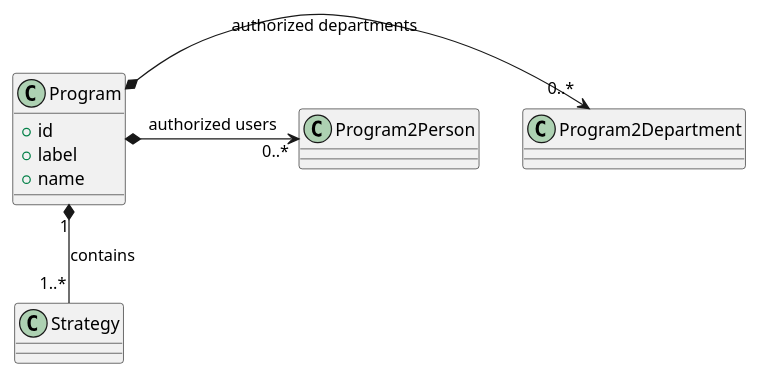
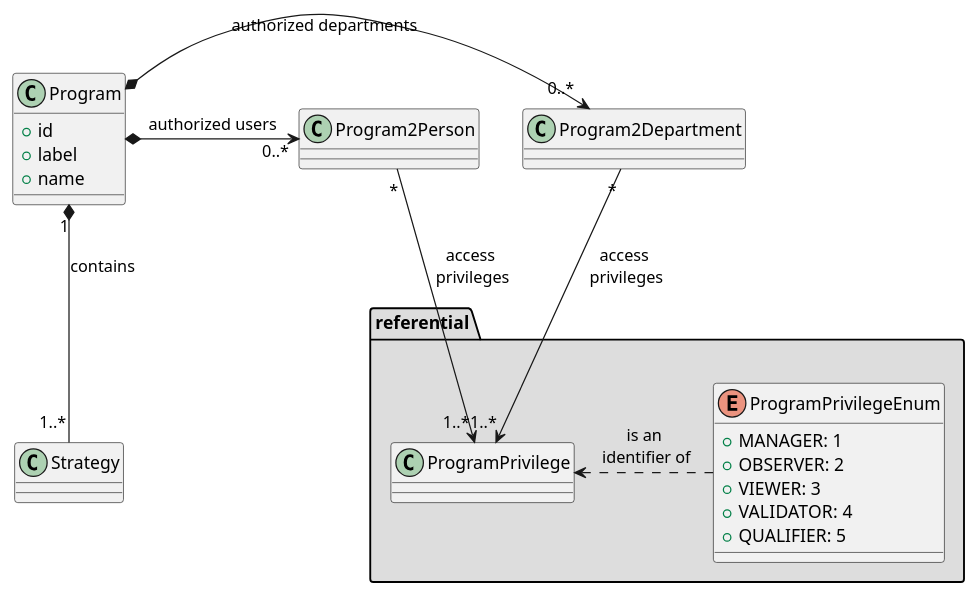
One commit to sumaris-net/sumaris-doc changed the diagram in model/administration/program.puml. Above: the diagram before and after it, drawn with PlantUML. The commit also changed 3 other files, not shown here.

Commit message:
[enh] Model: Fix program graph

```diff
--- a/model/administration/program.puml
+++ b/model/administration/program.puml
@@ -1,14 +1,30 @@
 @startuml
 
 class Program {
  +id
  +label
  +name
 }
 
 Program *-right-> "0..*" Program2Department: "authorized departments"
 Program *-right-> "0..*" Program2Person: "authorized users"
 Program "1" *-down- "1..*" Strategy: contains
 
+package "referential" #DDDDDD {
+    class ProgramPrivilege {
+    }
+
+    enum ProgramPrivilegeEnum {
+        +MANAGER: 1
+        +OBSERVER: 2
+        +VIEWER: 3
+        +VALIDATOR: 4
+        +QUALIFIER: 5
+    }
+
+    Program2Department "*" --> "1..*" ProgramPrivilege: "access\n privileges"
+    Program2Person "*" --> "1..*" ProgramPrivilege: "access\n privileges"
+    ProgramPrivilegeEnum .left.> ProgramPrivilege: "is an\n identifier of"
+}
 
 @enduml
```
